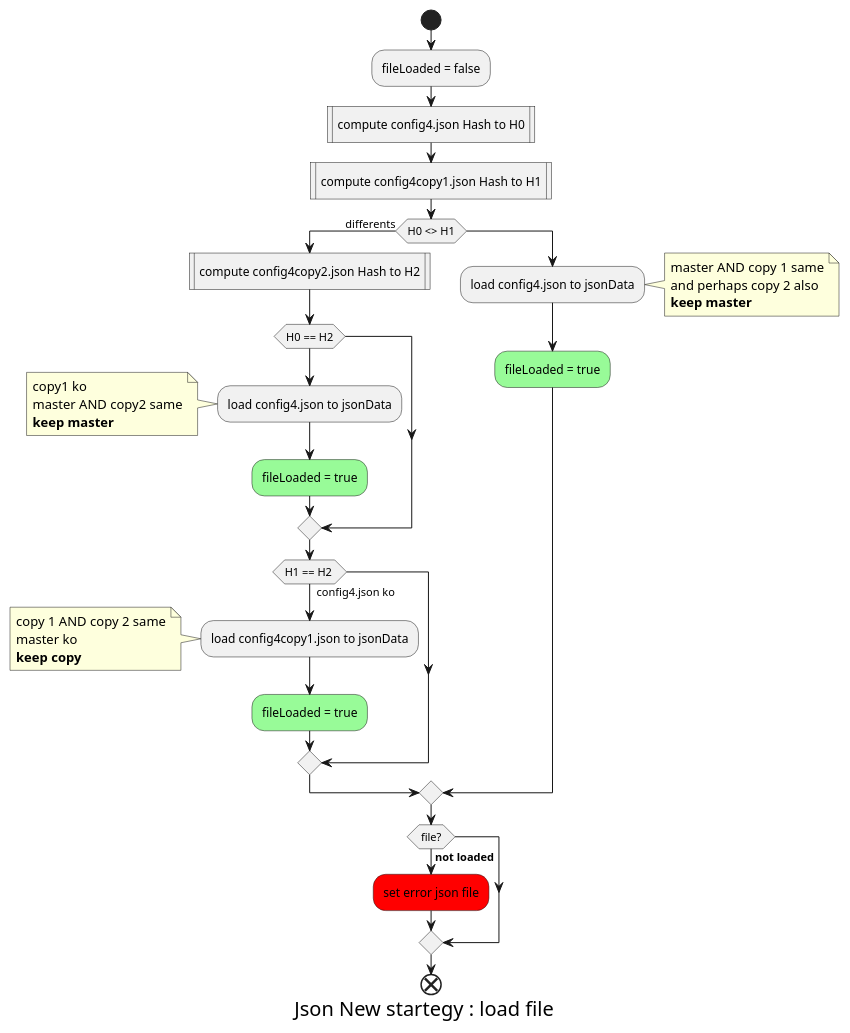
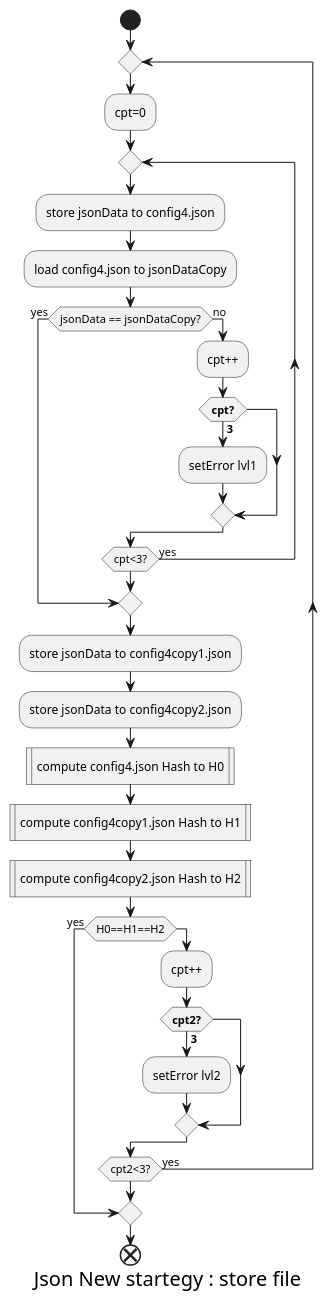
The diagram in _1_userDoc/source/graphviz/jsonNewStrategyStore.wsd (volab/IoT_EPS), drawn with PlantUML before and after one commit. The commit also changed 7 other files, not shown here.

```diff
--- a/_1_userDoc/source/graphviz/jsonNewStrategyStore.wsd
+++ b/_1_userDoc/source/graphviz/jsonNewStrategyStore.wsd
@@ -1,55 +1,45 @@
 @startuml
 
 <style>
 caption {
 FontSize 20
 }
 </style>
 
-caption Json New startegy : load file
+caption Json New startegy : store file
 
 start
 'skinparam ConditionEndStyle hline
+repeat
+:cpt=0;
+    repeat
+        :store jsonData to config4.json;
+        :load config4.json to jsonDataCopy;
+        if(jsonData == jsonDataCopy?) then (yes)
+            break
+        else (no)
+            :cpt++;
+            if (<b>cpt?) then (<b>3)
+                :setError lvl1;
+            endif   
+        endif
+    repeat while (cpt<3?) equals (yes)
 
-:fileLoaded = false;
+    :store jsonData to config4copy1.json;
+    :store jsonData to config4copy2.json;
+    :compute config4.json Hash to H0|
+    :compute config4copy1.json Hash to H1|
+    :compute config4copy2.json Hash to H2|
 
-:compute config4.json Hash to H0|
-:compute config4copy1.json Hash to H1|
-
-if (H0 <> H1) then (differents)
-    :compute config4copy2.json Hash to H2|
-    if (H0 == H2) then
-        :load config4.json to jsonData;
-        note left
-            copy1 ko
-            master AND copy2 same
-            <b>keep master
-        end note
-        #palegreen:fileLoaded = true;
+    if (H0==H1==H2) then (yes)
+        break 
+    else
+        :cpt++;
+        if (<b>cpt2?) then (<b>3)
+            :setError lvl2;
+        endif       
     endif
-    if (H1 == H2 ) then ( config4.json ko) 
-        :load config4copy1.json to jsonData;
-        note left
-            copy 1 AND copy 2 same
-            master ko 
-            <b>keep copy
-        end note
-        #palegreen:fileLoaded = true;
-    endif
-else
-    :load config4.json to jsonData;
-    note right
-        master AND copy 1 same
-        and perhaps copy 2 also
-        <b>keep master
-    end note
-    #palegreen:fileLoaded = true;
-endif
-
-if (file?) is (<b>not loaded) then
-#red:set error json file;
-endif
-
+repeat while(cpt2<3?) equals (yes)
 end
 
 @enduml
```
